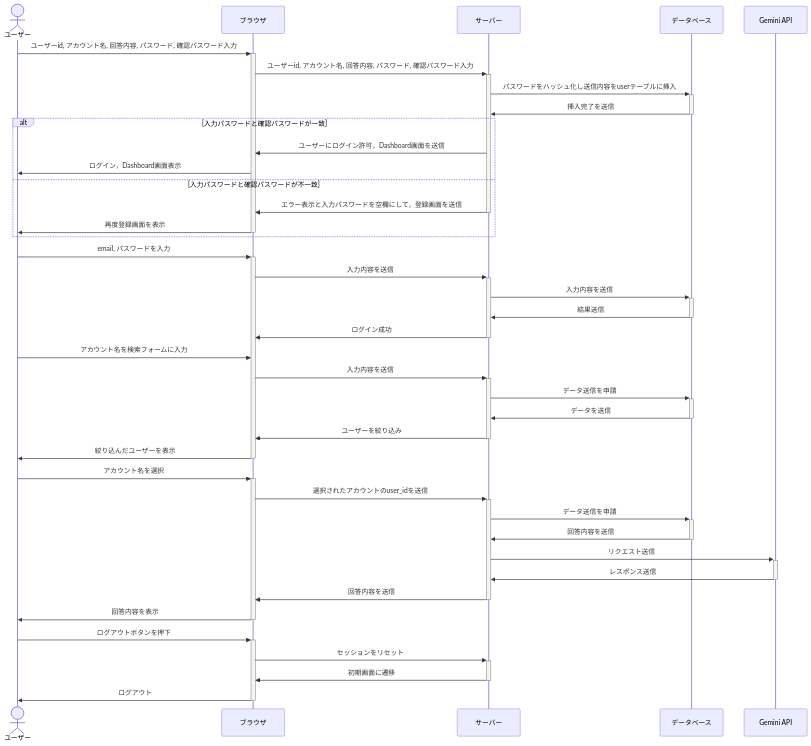
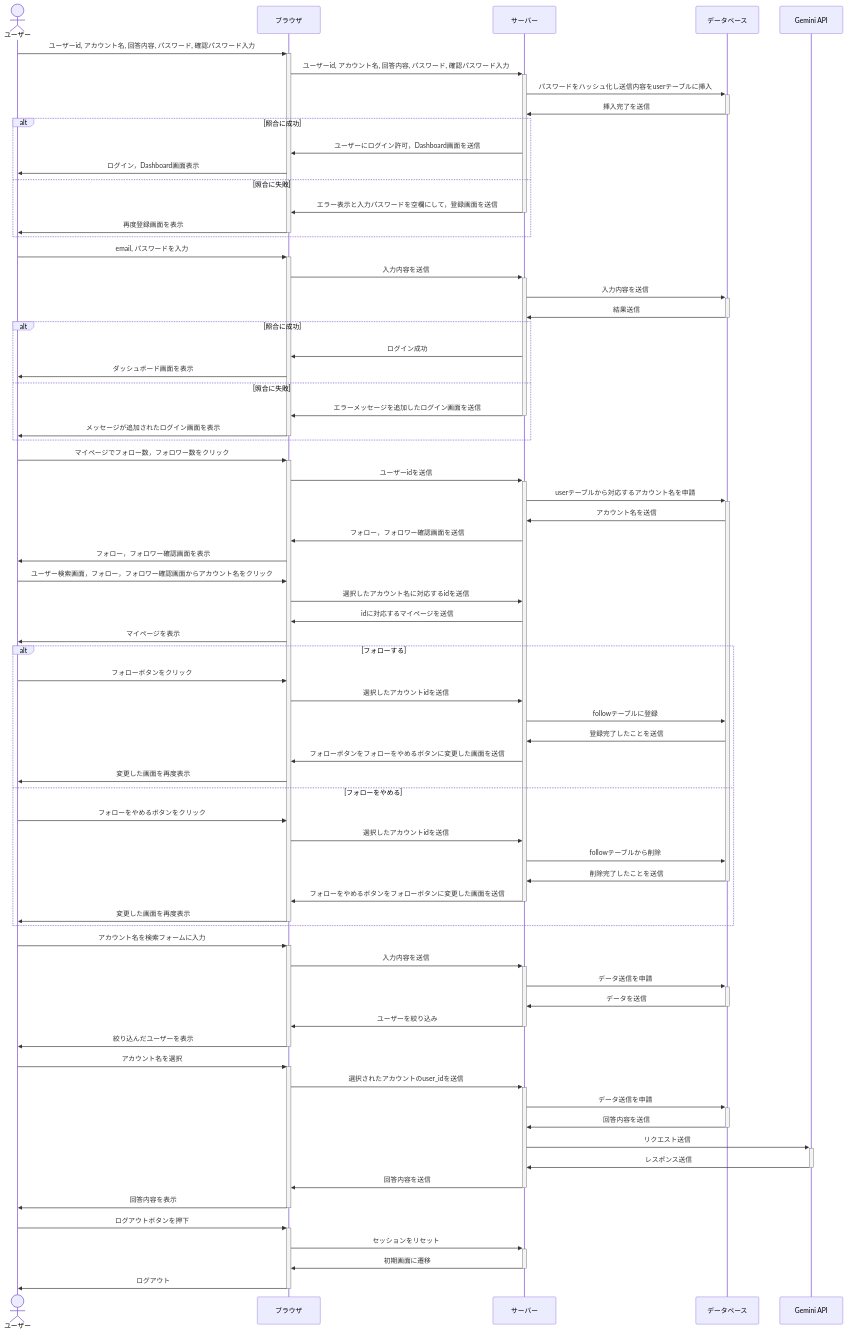
The diagram in README.md (KakoiTaiyo/TalkDeck), drawn with Mermaid before and after one commit. The commit also changed other lines of this file and 1 other file, not shown here.

Commit message:
READMEを作成しました

````diff
--- a/README.md
+++ b/README.md
@@ -1,46 +34,83 @@
 ```mermaid
 sequenceDiagram
     actor ユーザー
     participant ブラウザ
     participant サーバー
     participant データベース
     participant Gemini API
     ユーザー->>+ブラウザ: ユーザーid, アカウント名, 回答内容, パスワード, 確認パスワード入力
     ブラウザ->>+サーバー: ユーザーid, アカウント名, 回答内容, パスワード, 確認パスワード入力
     サーバー->>+データベース:パスワードをハッシュ化し送信内容をuserテーブルに挿入
     データベース->>-サーバー:挿入完了を送信
-    alt 入力パスワードと確認パスワードが一致
+
+    alt 照合に成功
         サーバー->>ブラウザ: ユーザーにログイン許可，Dashboard画面を送信
         ブラウザ->>ユーザー: ログイン，Dashboard画面表示
-    else 入力パスワードと確認パスワードが不一致
+    else 照合に失敗
         サーバー->>-ブラウザ: エラー表示と入力パスワードを空欄にして，登録画面を送信
         ブラウザ->>-ユーザー: 再度登録画面を表示
     end
 
     ユーザー->>+ブラウザ: email, パスワードを入力
     ブラウザ->>+サーバー: 入力内容を送信
     サーバー->>+データベース: 入力内容を送信
     データベース->>-サーバー: 結果送信
-    サーバー->>-ブラウザ: ログイン成功
 
-    ユーザー->>ブラウザ: アカウント名を検索フォームに入力
+    alt 照合に成功
+    サーバー->>ブラウザ: ログイン成功
+    ブラウザ->>ユーザー: ダッシュボード画面を表示
+    else 照合に失敗
+    サーバー->>-ブラウザ: エラーメッセージを追加したログイン画面を送信
+    ブラウザ->>-ユーザー: メッセージが追加されたログイン画面を表示
+    end
+
+    ユーザー->>+ブラウザ: マイページでフォロー数，フォロワー数をクリック
+    ブラウザ->>+サーバー: ユーザーidを送信
+    サーバー->>+データベース: userテーブルから対応するアカウント名を申請
+    データベース->>サーバー: アカウント名を送信
+    サーバー->>ブラウザ: フォロー，フォロワー確認画面を送信
+    ブラウザ->>ユーザー: フォロー，フォロワー確認画面を表示
+    ユーザー->>ブラウザ: ユーザー検索画面，フォロー，フォロワー確認画面からアカウント名をクリック
+    ブラウザ->>サーバー: 選択したアカウント名に対応するidを送信
+    サーバー->>ブラウザ: idに対応するマイページを送信
+    ブラウザ->>ユーザー: マイページを表示
+
+    alt フォローする
+    ユーザー->>ブラウザ: フォローボタンをクリック
+    ブラウザ->>サーバー: 選択したアカウントidを送信
+    サーバー->>データベース: followテーブルに登録
+    データベース->>サーバー: 登録完了したことを送信
+    サーバー->>ブラウザ: フォローボタンをフォローをやめるボタンに変更した画面を送信
+    ブラウザ->>ユーザー: 変更した画面を再度表示
+    else フォローをやめる
+    ユーザー->>ブラウザ: フォローをやめるボタンをクリック
+    ブラウザ->>サーバー: 選択したアカウントidを送信
+    サーバー->>データベース: followテーブルから削除
+    データベース->>-サーバー: 削除完了したことを送信
+    サーバー->>-ブラウザ: フォローをやめるボタンをフォローボタンに変更した画面を送信
+    ブラウザ->>-ユーザー: 変更した画面を再度表示
+    end
+
+    ユーザー->>+ブラウザ: アカウント名を検索フォームに入力
     ブラウザ->>+サーバー: 入力内容を送信
     サーバー->>+データベース: データ送信を申請
     データベース->>-サーバー: データを送信
     サーバー->>-ブラウザ: ユーザーを絞り込み
     ブラウザ->>-ユーザー: 絞り込んだユーザーを表示
 
     ユーザー->>+ブラウザ: アカウント名を選択
     ブラウザ->>+サーバー: 選択されたアカウントのuser_idを送信
     サーバー->>+データベース: データ送信を申請
     データベース->>-サーバー: 回答内容を送信
     サーバー->>+Gemini API: リクエスト送信
     Gemini API->>-サーバー: レスポンス送信
     サーバー->>-ブラウザ: 回答内容を送信
     ブラウザ->>-ユーザー: 回答内容を表示
 
     ユーザー->>+ブラウザ: ログアウトボタンを押下
     ブラウザ->>+サーバー: セッションをリセット
     サーバー->>-ブラウザ: 初期画面に遷移
     ブラウザ->>-ユーザー: ログアウト
+
+
 ```
````
